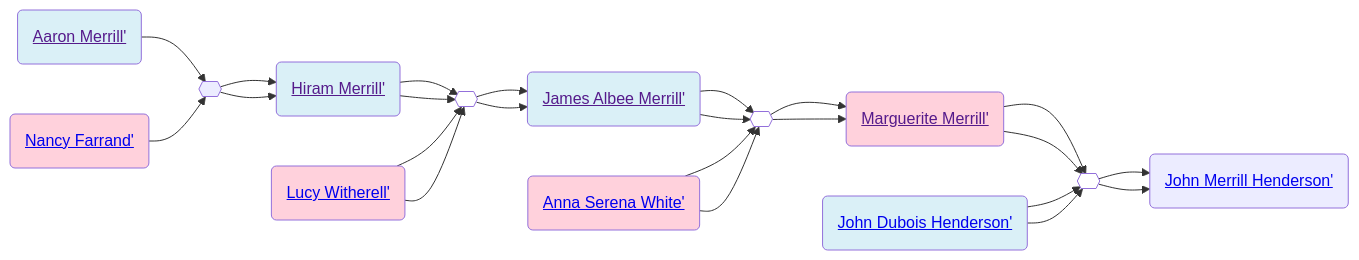
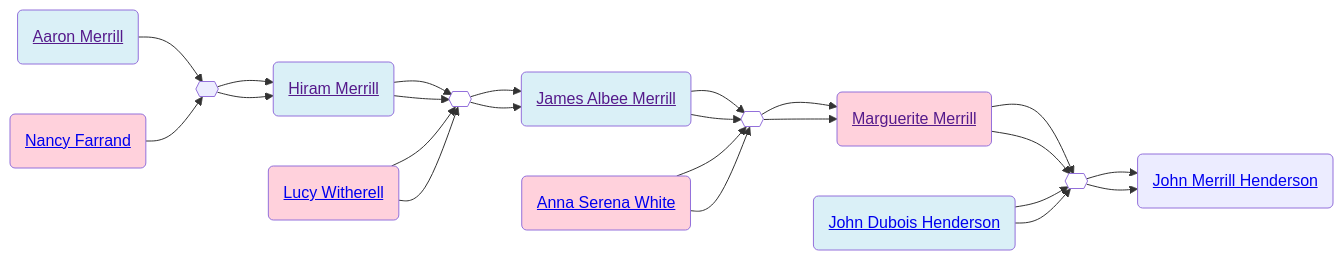
The diagram in familyhistory/sources/people/Merrill-line/Aaron_Merrill.qmd (neelsmith/avocational), drawn with Mermaid before and after one commit. The commit also changed 96 other files, not shown here.

````diff
--- a/familyhistory/sources/people/Merrill-line/Aaron_Merrill.qmd
+++ b/familyhistory/sources/people/Merrill-line/Aaron_Merrill.qmd
@@ -28,53 +28,53 @@
 ```{mermaid}
 graph LR
 %% LR descendant diagram
 class Aaron_Merrill_and_Nancy_Farrand marriage
-Aaron_Merrill(<a href=''>Aaron Merrill'</>) --> Aaron_Merrill_and_Nancy_Farrand{{ }}
-Nancy_Farrand(<a href='./Nancy_Farrand.html'>Nancy Farrand'</>) --> Aaron_Merrill_and_Nancy_Farrand{{ }}
+Aaron_Merrill(<a href=''>Aaron Merrill</a>) --> Aaron_Merrill_and_Nancy_Farrand{{ }}
+Nancy_Farrand(<a href='./Nancy_Farrand.html'>Nancy Farrand</a>) --> Aaron_Merrill_and_Nancy_Farrand{{ }}
 class Aaron_Merrill father
 class Nancy_Farrand mother
-Aaron_Merrill_and_Nancy_Farrand{{ }} --> Hiram_Merrill(<a href='./Hiram_Merrill.html'>Hiram Merrill'</>)
+Aaron_Merrill_and_Nancy_Farrand{{ }} --> Hiram_Merrill(<a href='./Hiram_Merrill.html'>Hiram Merrill</a>)
 class Hiram_Merrill_and_Lucy_Witherell marriage
-Hiram_Merrill(<a href=''>Hiram Merrill'</>) --> Hiram_Merrill_and_Lucy_Witherell{{ }}
-Lucy_Witherell(<a href='./Lucy_Witherell.html'>Lucy Witherell'</>) --> Hiram_Merrill_and_Lucy_Witherell{{ }}
+Hiram_Merrill(<a href=''>Hiram Merrill</a>) --> Hiram_Merrill_and_Lucy_Witherell{{ }}
+Lucy_Witherell(<a href='./Lucy_Witherell.html'>Lucy Witherell</a>) --> Hiram_Merrill_and_Lucy_Witherell{{ }}
 class Hiram_Merrill father
 class Lucy_Witherell mother
-Hiram_Merrill_and_Lucy_Witherell{{ }} --> James_Albee_Merrill(<a href='./James_Albee_Merrill.html'>James Albee Merrill'</>)
+Hiram_Merrill_and_Lucy_Witherell{{ }} --> James_Albee_Merrill(<a href='./James_Albee_Merrill.html'>James Albee Merrill</a>)
 class James_Albee_Merrill_and_Anna_Serena_White marriage
-James_Albee_Merrill(<a href=''>James Albee Merrill'</>) --> James_Albee_Merrill_and_Anna_Serena_White{{ }}
-Anna_Serena_White(<a href='./White-line/Anna_Serena_White.html'>Anna Serena White'</>) --> James_Albee_Merrill_and_Anna_Serena_White{{ }}
+James_Albee_Merrill(<a href=''>James Albee Merrill</a>) --> James_Albee_Merrill_and_Anna_Serena_White{{ }}
+Anna_Serena_White(<a href='./White-line/Anna_Serena_White.html'>Anna Serena White</a>) --> James_Albee_Merrill_and_Anna_Serena_White{{ }}
 class James_Albee_Merrill father
 class Anna_Serena_White mother
-James_Albee_Merrill_and_Anna_Serena_White{{ }} --> Marguerite_Merrill(<a href='./Marguerite_Merrill.html'>Marguerite Merrill'</>)
+James_Albee_Merrill_and_Anna_Serena_White{{ }} --> Marguerite_Merrill(<a href='./Marguerite_Merrill.html'>Marguerite Merrill</a>)
 class Marguerite_Merrill_and_John_Dubois_Henderson marriage
-Marguerite_Merrill(<a href=''>Marguerite Merrill'</>) --> Marguerite_Merrill_and_John_Dubois_Henderson{{ }}
-John_Dubois_Henderson(<a href='./../Henderson-line/John_Dubois_Henderson.html'>John Dubois Henderson'</>) --> Marguerite_Merrill_and_John_Dubois_Henderson{{ }}
+Marguerite_Merrill(<a href=''>Marguerite Merrill</a>) --> Marguerite_Merrill_and_John_Dubois_Henderson{{ }}
+John_Dubois_Henderson(<a href='./../Henderson-line/John_Dubois_Henderson.html'>John Dubois Henderson</a>) --> Marguerite_Merrill_and_John_Dubois_Henderson{{ }}
 class John_Dubois_Henderson father
 class Marguerite_Merrill mother
-Marguerite_Merrill_and_John_Dubois_Henderson{{ }} --> John_Merrill_Henderson(<a href='./../Henderson-line/John_Merrill_Henderson.html'>John Merrill Henderson'</>)
+Marguerite_Merrill_and_John_Dubois_Henderson{{ }} --> John_Merrill_Henderson(<a href='./../Henderson-line/John_Merrill_Henderson.html'>John Merrill Henderson</a>)
 class Aaron_Merrill father
 class Nancy_Farrand mother
-Aaron_Merrill_and_Nancy_Farrand{{ }} --> Hiram_Merrill(<a href='./Hiram_Merrill.html'>Hiram Merrill'</>)
+Aaron_Merrill_and_Nancy_Farrand{{ }} --> Hiram_Merrill(<a href='./Hiram_Merrill.html'>Hiram Merrill</a>)
 class Hiram_Merrill_and_Lucy_Witherell marriage
-Hiram_Merrill(<a href=''>Hiram Merrill'</>) --> Hiram_Merrill_and_Lucy_Witherell{{ }}
-Lucy_Witherell(<a href='./Lucy_Witherell.html'>Lucy Witherell'</>) --> Hiram_Merrill_and_Lucy_Witherell{{ }}
+Hiram_Merrill(<a href=''>Hiram Merrill</a>) --> Hiram_Merrill_and_Lucy_Witherell{{ }}
+Lucy_Witherell(<a href='./Lucy_Witherell.html'>Lucy Witherell</a>) --> Hiram_Merrill_and_Lucy_Witherell{{ }}
 class Hiram_Merrill father
 class Lucy_Witherell mother
-Hiram_Merrill_and_Lucy_Witherell{{ }} --> James_Albee_Merrill(<a href='./James_Albee_Merrill.html'>James Albee Merrill'</>)
+Hiram_Merrill_and_Lucy_Witherell{{ }} --> James_Albee_Merrill(<a href='./James_Albee_Merrill.html'>James Albee Merrill</a>)
 class James_Albee_Merrill_and_Anna_Serena_White marriage
-James_Albee_Merrill(<a href=''>James Albee Merrill'</>) --> James_Albee_Merrill_and_Anna_Serena_White{{ }}
-Anna_Serena_White(<a href='./White-line/Anna_Serena_White.html'>Anna Serena White'</>) --> James_Albee_Merrill_and_Anna_Serena_White{{ }}
+James_Albee_Merrill(<a href=''>James Albee Merrill</a>) --> James_Albee_Merrill_and_Anna_Serena_White{{ }}
+Anna_Serena_White(<a href='./White-line/Anna_Serena_White.html'>Anna Serena White</a>) --> James_Albee_Merrill_and_Anna_Serena_White{{ }}
 class James_Albee_Merrill father
 class Anna_Serena_White mother
-James_Albee_Merrill_and_Anna_Serena_White{{ }} --> Marguerite_Merrill(<a href='./Marguerite_Merrill.html'>Marguerite Merrill'</>)
+James_Albee_Merrill_and_Anna_Serena_White{{ }} --> Marguerite_Merrill(<a href='./Marguerite_Merrill.html'>Marguerite Merrill</a>)
 class Marguerite_Merrill_and_John_Dubois_Henderson marriage
-Marguerite_Merrill(<a href=''>Marguerite Merrill'</>) --> Marguerite_Merrill_and_John_Dubois_Henderson{{ }}
-John_Dubois_Henderson(<a href='./../Henderson-line/John_Dubois_Henderson.html'>John Dubois Henderson'</>) --> Marguerite_Merrill_and_John_Dubois_Henderson{{ }}
+Marguerite_Merrill(<a href=''>Marguerite Merrill</a>) --> Marguerite_Merrill_and_John_Dubois_Henderson{{ }}
+John_Dubois_Henderson(<a href='./../Henderson-line/John_Dubois_Henderson.html'>John Dubois Henderson</a>) --> Marguerite_Merrill_and_John_Dubois_Henderson{{ }}
 class John_Dubois_Henderson father
 class Marguerite_Merrill mother
-Marguerite_Merrill_and_John_Dubois_Henderson{{ }} --> John_Merrill_Henderson(<a href='./../Henderson-line/John_Merrill_Henderson.html'>John Merrill Henderson'</>)
+Marguerite_Merrill_and_John_Dubois_Henderson{{ }} --> John_Merrill_Henderson(<a href='./../Henderson-line/John_Merrill_Henderson.html'>John Merrill Henderson</a>)
 classDef mother fill:#ffd1dc
 classDef father fill:#daf0f7  
 classDef marriage fill:#ffffff
 
 ```
````
